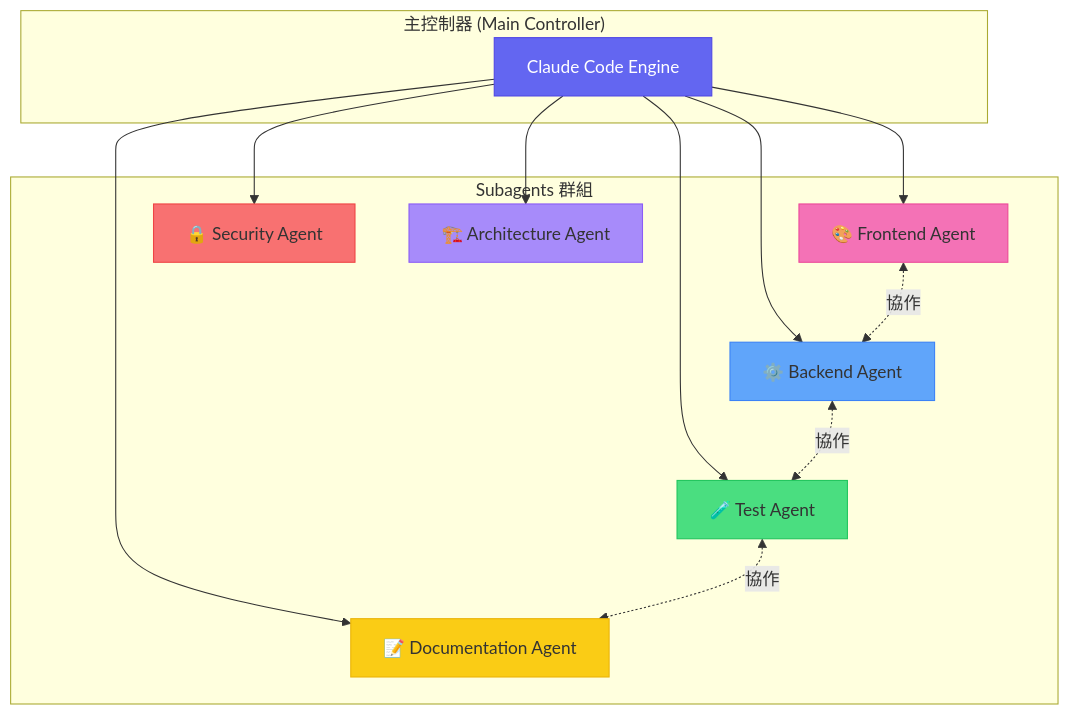
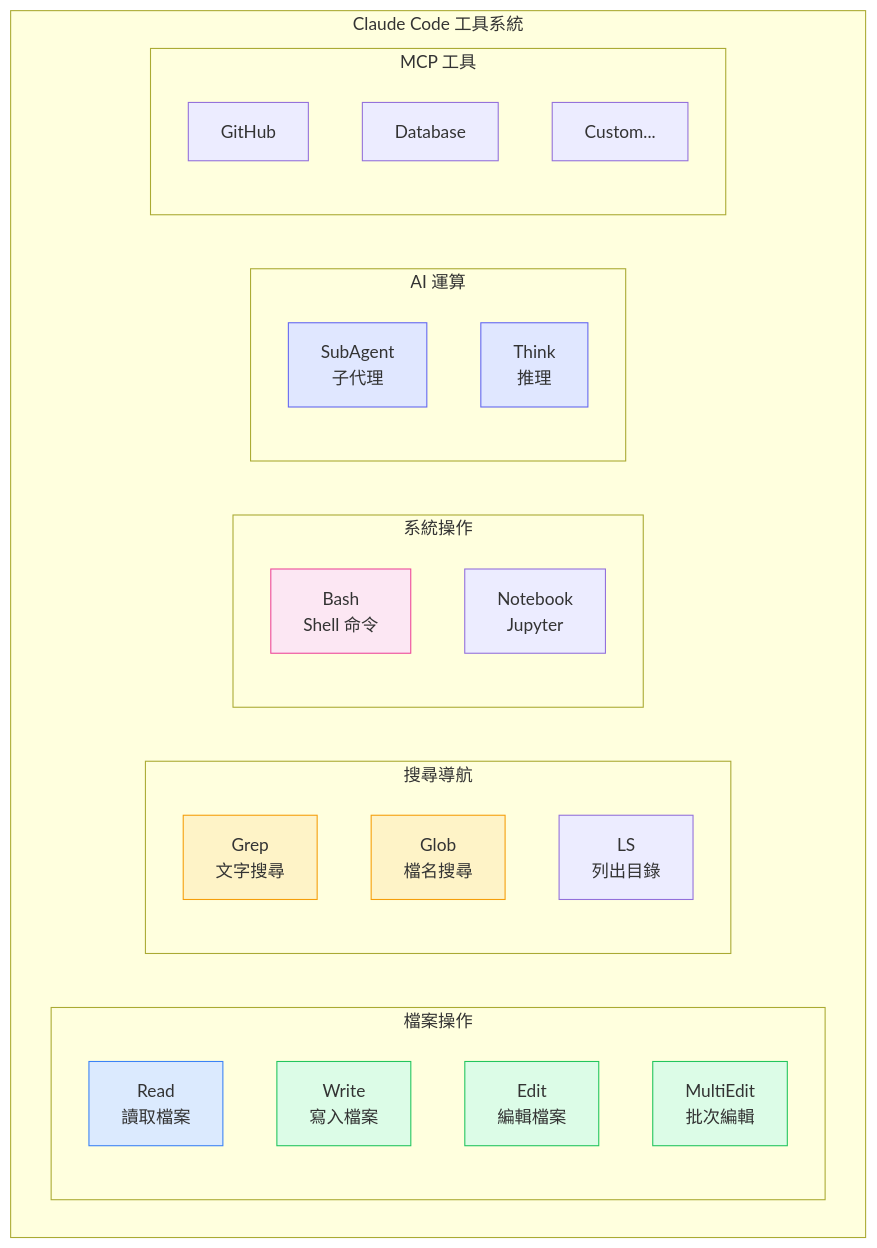
The ninth of 57 diagrams in content/posts/教學/AI開發/Claude Code生態圈教學手冊.md (chihhung/Blog), drawn with Mermaid before and after one commit. The commit also changed other lines of this file and 3 other files, not shown here.

Commit message:
新增 OpenAI Codex 生態系教學手冊、expand_doc.py，更新 Claude Code 及 opencode 教學手冊

````diff
--- a/content/posts/教學/AI開發/Claude Code生態圈教學手冊.md
+++ b/content/posts/教學/AI開發/Claude Code生態圈教學手冊.md
@@ -575,34 +891,43 @@
 ```mermaid
 graph TB
-    subgraph "主控制器 (Main Controller)"
-        MC[Claude Code Engine]
+    subgraph "Claude Code 工具系統"
+        subgraph "檔案操作"
+            R[Read<br>讀取檔案] 
+            W[Write<br>寫入檔案]
+            E[Edit<br>編輯檔案]
+            ME[MultiEdit<br>批次編輯]
+        end
+        
+        subgraph "搜尋導航"
+            G[Grep<br>文字搜尋]
+            GL[Glob<br>檔名搜尋]
+            LS[LS<br>列出目錄]
+        end
+        
+        subgraph "系統操作"
+            B[Bash<br>Shell 命令]
+            N[Notebook<br>Jupyter]
+        end
+        
+        subgraph "AI 運算"
+            SA[SubAgent<br>子代理]
+            TH[Think<br>推理]
+        end
+        
+        subgraph "MCP 工具"
+            MCP1[GitHub]
+            MCP2[Database]
+            MCP3[Custom...]
+        end
     end
     
-    subgraph "Subagents 群組"
-        SA1[🎨 Frontend Agent]
-        SA2[⚙️ Backend Agent]
-        SA3[🧪 Test Agent]
-        SA4[📝 Documentation Agent]
-        SA5[🔒 Security Agent]
-        SA6[🏗️ Architecture Agent]
-    end
-    
-    MC --> SA1
-    MC --> SA2
-    MC --> SA3
-    MC --> SA4
-    MC --> SA5
-    MC --> SA6
-    
-    SA1 <-.->|協作| SA2
-    SA2 <-.->|協作| SA3
-    SA3 <-.->|協作| SA4
-    
-    style MC fill:#6366f1,stroke:#4f46e5,color:#fff
-    style SA1 fill:#f472b6,stroke:#ec4899
-    style SA2 fill:#60a5fa,stroke:#3b82f6
-    style SA3 fill:#4ade80,stroke:#22c55e
-    style SA4 fill:#facc15,stroke:#eab308
-    style SA5 fill:#f87171,stroke:#ef4444
-    style SA6 fill:#a78bfa,stroke:#8b5cf6
+    style R fill:#dbeafe,stroke:#3b82f6
+    style W fill:#dcfce7,stroke:#22c55e
+    style E fill:#dcfce7,stroke:#22c55e
+    style ME fill:#dcfce7,stroke:#22c55e
+    style G fill:#fef3c7,stroke:#f59e0b
+    style GL fill:#fef3c7,stroke:#f59e0b
+    style B fill:#fce7f3,stroke:#ec4899
+    style SA fill:#e0e7ff,stroke:#6366f1
+    style TH fill:#e0e7ff,stroke:#6366f1
 ```
````
